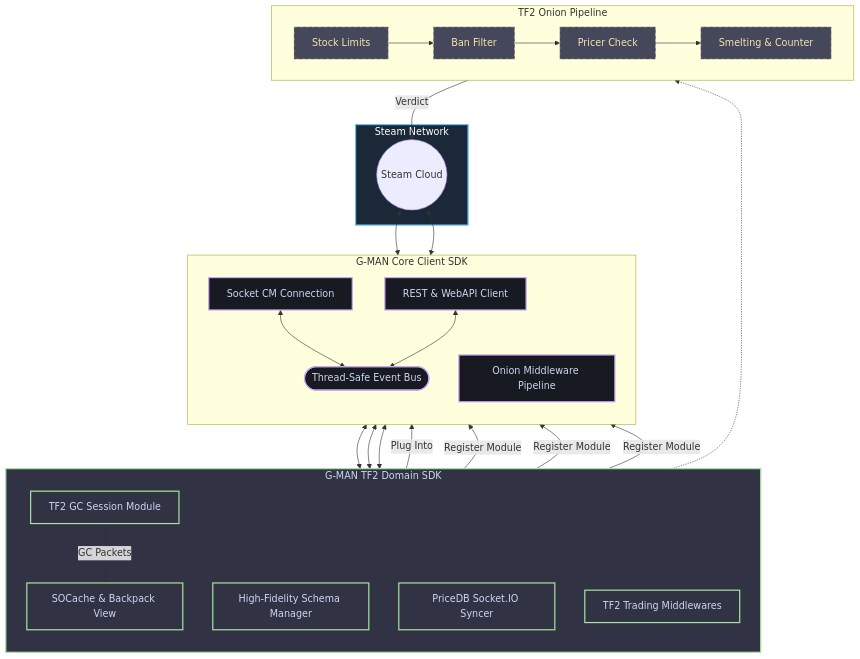
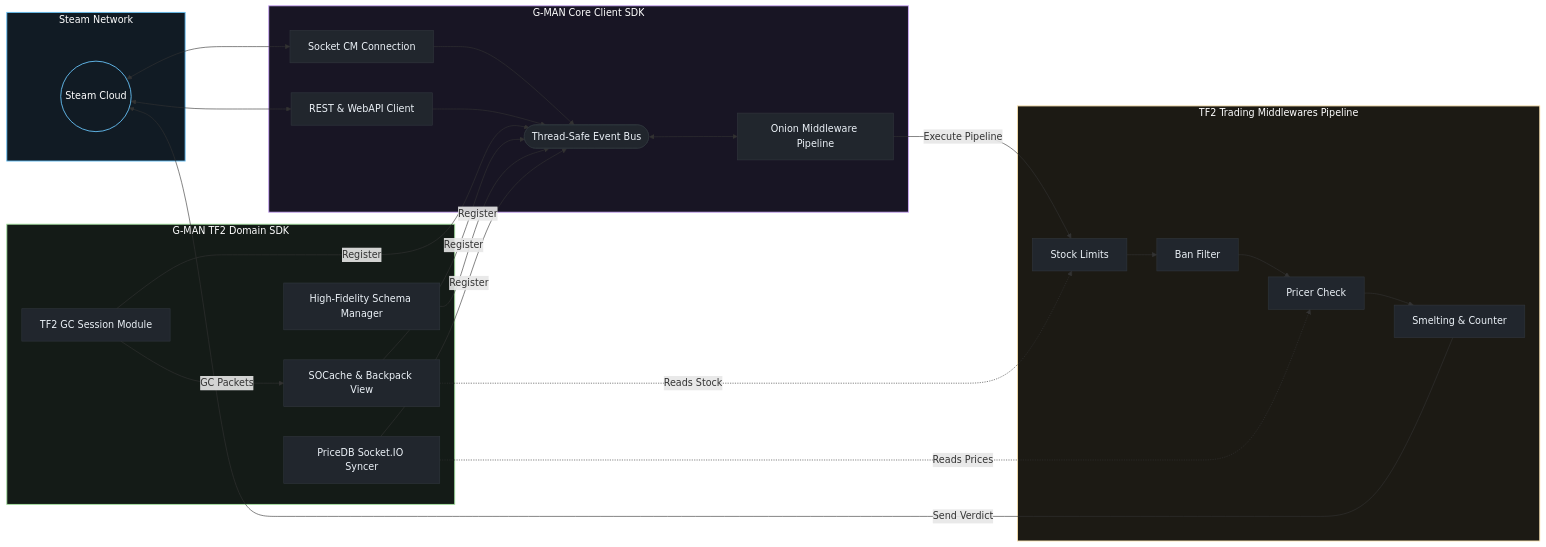
One commit to Lemon4ksan/g-man-tf2 changed the diagram in README.md. Above: the diagram before and after it, drawn with Mermaid. The commit also changed 1 other file, not shown here.

Commit message:
docs: update mermaid diagram

````diff
--- a/README.md
+++ b/README.md
@@ -28,58 +28,58 @@
 ```mermaid
-flowchart TB
-    classDef steam fill:#1b2838,stroke:#66c0f4,stroke-width:2px,color:#fff;
-    classDef transport fill:#2a475e,stroke:#66c0f4,stroke-width:1px,color:#c7d5e0;
-    classDef core fill:#171a21,stroke:#cba6f7,stroke-width:2px,color:#cdd6f4;
-    classDef extension fill:#313244,stroke:#a6e3a1,stroke-width:2px,color:#cdd6f4;
-    classDef pipeline fill:#45475a,stroke:#f9e2af,stroke-width:1px,color:#f9e2af,stroke-dasharray: 5 5;
-    classDef action fill:#a6e3a1,stroke:#a6e3a1,stroke-width:2px,color:#11111b;
+flowchart LR
+    classDef steam fill:#111b24,stroke:#66c0f4,stroke-width:1.5px,color:#ffffff;
+    classDef core fill:#181524,stroke:#cba6f7,stroke-width:1.5px,color:#ffffff;
+    classDef extension fill:#141b17,stroke:#a6e3a1,stroke-width:1.5px,color:#ffffff;
+    classDef pipeline fill:#1c1a14,stroke:#f9e2af,stroke-width:1.5px,color:#ffffff;
+    classDef nodeStyle fill:#21262d,stroke:#30363d,stroke-width:1px,color:#ecf2f8;
 
     subgraph SteamSystem [Steam Network]
         SteamCloud((Steam Cloud))
     end
     class SteamSystem steam;
+    class SteamCloud steam;
 
     subgraph GManCore [G-MAN Core Client SDK]
-        direction TB
         ConnManager[Socket CM Connection]
         WebAPI[REST & WebAPI Client]
         EventBus([Thread-Safe Event Bus])
         TradeEngine[Onion Middleware Pipeline]
     end
-    class GManCore,ConnManager,WebAPI,EventBus,TradeEngine core;
+    class GManCore core;
+    class ConnManager,WebAPI,EventBus,TradeEngine nodeStyle;
 
     subgraph TF2Extension [G-MAN TF2 Domain SDK]
-        direction TB
         TF2Module[TF2 GC Session Module]
         BPSyncer[SOCache & Backpack View]
         SchemaMgr[High-Fidelity Schema Manager]
         Pricer[PriceDB Socket.IO Syncer]
-        TF2Middlewares[TF2 Trading Middlewares]
     end
-    class TF2Extension,TF2Module,BPSyncer,SchemaMgr,Pricer,TF2Middlewares extension;
+    class TF2Extension extension;
+    class TF2Module,BPSyncer,SchemaMgr,Pricer nodeStyle;
 
-    subgraph MMiddlewares [TF2 Onion Pipeline]
-        direction LR
+    subgraph MMiddlewares [TF2 Trading Middlewares Pipeline]
         P1[Stock Limits] --> P2[Ban Filter] --> P3[Pricer Check] --> P4[Smelting & Counter]
     end
-    class MMiddlewares,P1,P2,P3,P4 pipeline;
+    class MMiddlewares pipeline;
+    class P1,P2,P3,P4 nodeStyle;
 
-    %% Data Flow Connections
-    SteamCloud <--> ConnManager & WebAPI
-    ConnManager & WebAPI <--> EventBus
-    
-    %% Registration
-    TF2Module -- "Register Module" --> GManCore
-    BPSyncer -- "Register Module" --> GManCore
-    SchemaMgr -- "Register Module" --> GManCore
-    
-    %% Communication
-    EventBus <--> TF2Module & BPSyncer & SchemaMgr
+    SteamCloud <--> ConnManager
+    SteamCloud <--> WebAPI
+
+    ConnManager --> EventBus
+    WebAPI --> EventBus
+    EventBus <--> TradeEngine
+
+    TF2Module -- "Register" --> EventBus
+    BPSyncer -- "Register" --> EventBus
+    SchemaMgr -- "Register" --> EventBus
+    Pricer -- "Register" --> EventBus
+
     TF2Module -- "GC Packets" --> BPSyncer
-    
-    %% Trading Engine integration
-    TF2Middlewares -- "Plug Into" --> TradeEngine
-    TF2Middlewares -.-> MMiddlewares
-    
-    MMiddlewares -- "Verdict" --> SteamCloud
+
+    TradeEngine -- "Execute Pipeline" --> P1
+    BPSyncer -.-> |Reads Stock| P1
+    Pricer -.-> |Reads Prices| P3
+
+    P4 -- "Send Verdict" --> SteamCloud
 ```
````
